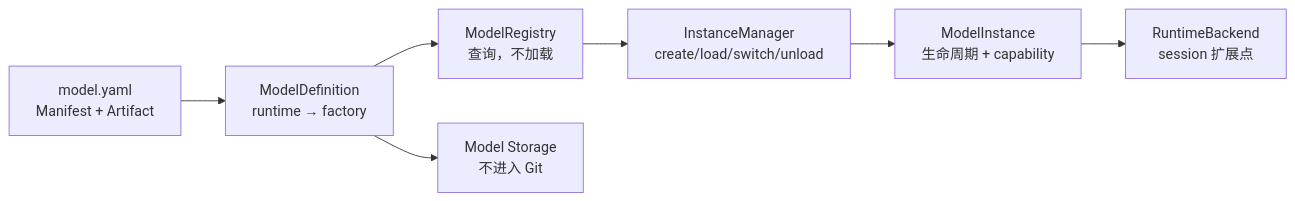
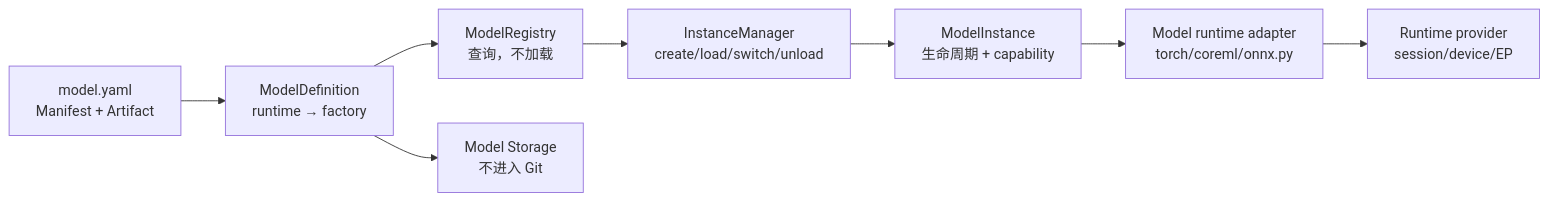
One commit to devilyouwei/hugging-mac changed the first of 4 diagrams in doc/02-model-sdk.md. Above: the diagram before and after it, drawn with Mermaid. The commit also changed other lines of this file and 103 other files, not shown here.

````diff
--- a/doc/02-model-sdk.md
+++ b/doc/02-model-sdk.md
@@ -22,17 +24,18 @@
 ```mermaid
 flowchart LR
     Config["model.yaml<br/>Manifest + Artifact"]
     Registry["ModelRegistry<br/>查询，不加载"]
     Definition["ModelDefinition<br/>runtime → factory"]
     Manager["InstanceManager<br/>create/load/switch/unload"]
     Instance["ModelInstance<br/>生命周期 + capability"]
-    Backend["RuntimeBackend<br/>session 扩展点"]
+    Adapter["Model runtime adapter<br/>torch/coreml/onnx.py"]
+    Backend["Runtime provider<br/>session/device/EP"]
     Storage["Model Storage<br/>不进入 Git"]
 
     Config --> Definition
     Definition --> Registry
     Registry --> Manager
     Manager --> Instance
-    Instance --> Backend
+    Instance --> Adapter --> Backend
     Definition --> Storage
 ```
````
